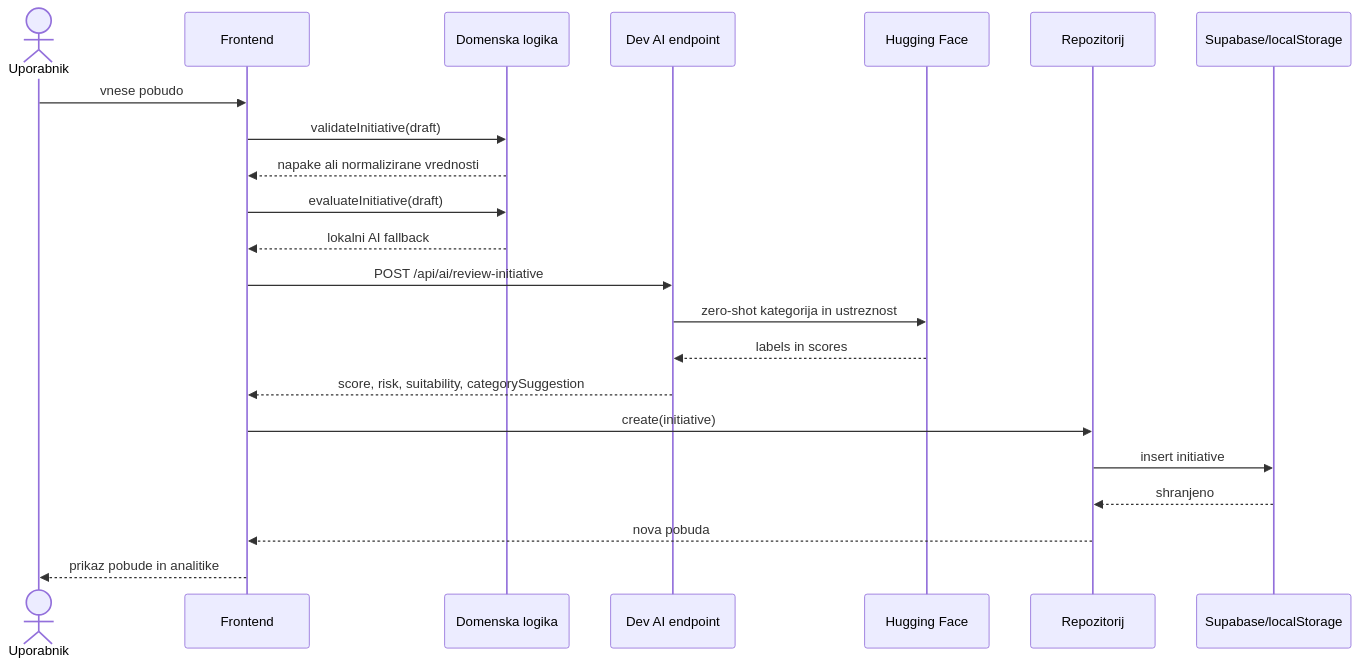
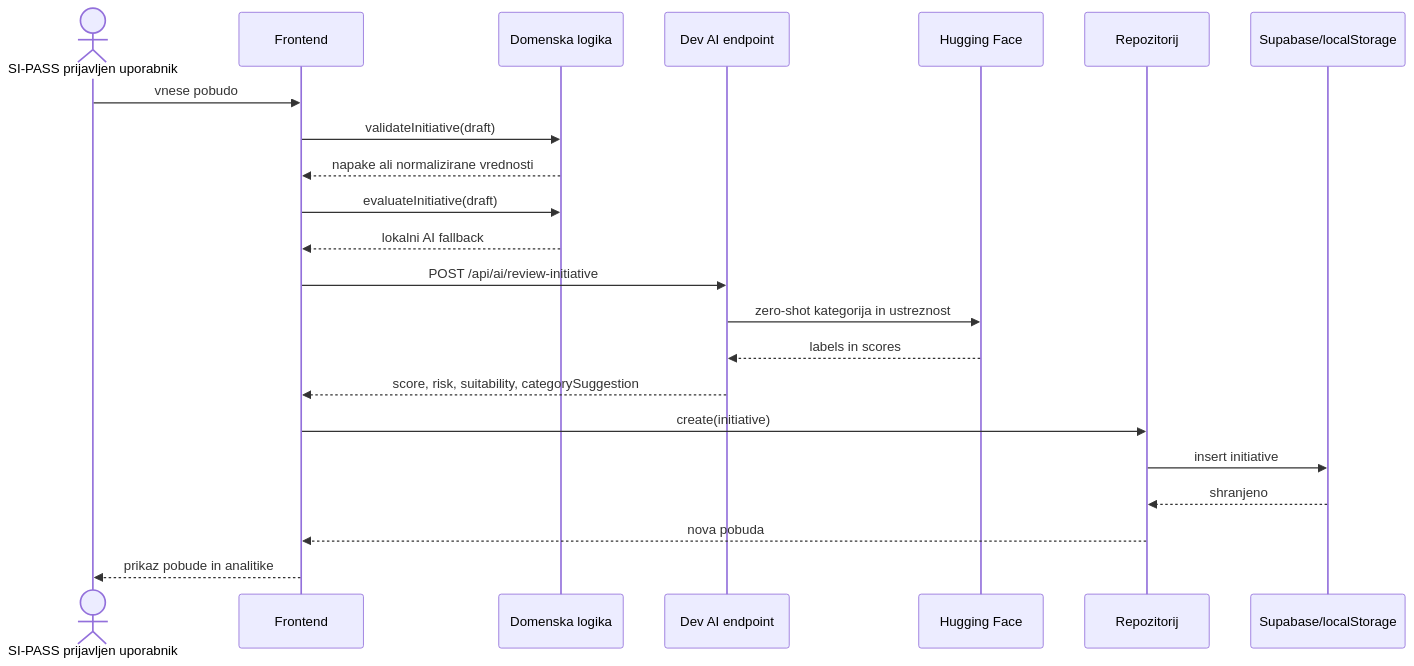
The second of 6 diagrams in oddaja_dokumentacija_2026-06-03/docs/diagrams.md (grisini/Demos), drawn with Mermaid before and after one commit. The commit also changed other lines of this file and 8 other files, not shown here.

````diff
--- a/oddaja_dokumentacija_2026-06-03/docs/diagrams.md
+++ b/oddaja_dokumentacija_2026-06-03/docs/diagrams.md
@@ -28,25 +50,25 @@
 ```mermaid
 sequenceDiagram
-  actor Uporabnik
+  actor Uporabnik as SI-PASS prijavljen uporabnik
   participant UI as Frontend
   participant Domain as Domenska logika
   participant AI as Dev AI endpoint
   participant HF as Hugging Face
   participant Repo as Repozitorij
   participant DB as Supabase/localStorage
 
   Uporabnik->>UI: vnese pobudo
   UI->>Domain: validateInitiative(draft)
   Domain-->>UI: napake ali normalizirane vrednosti
   UI->>Domain: evaluateInitiative(draft)
   Domain-->>UI: lokalni AI fallback
   UI->>AI: POST /api/ai/review-initiative
   AI->>HF: zero-shot kategorija in ustreznost
   HF-->>AI: labels in scores
   AI-->>UI: score, risk, suitability, categorySuggestion
   UI->>Repo: create(initiative)
   Repo->>DB: insert initiative
   DB-->>Repo: shranjeno
   Repo-->>UI: nova pobuda
   UI-->>Uporabnik: prikaz pobude in analitike
 ```
````
